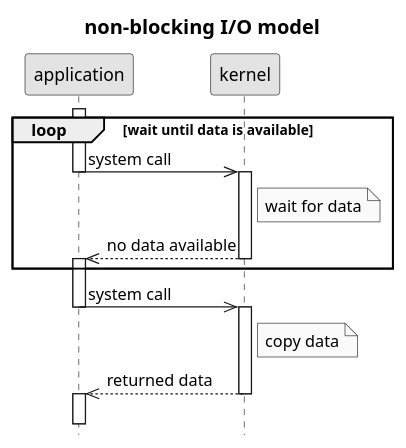
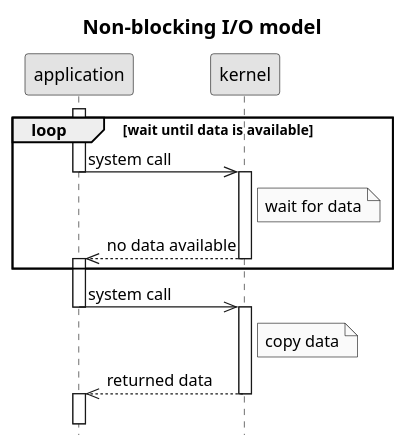
Before and after one commit to c0p4c4b4n4/demo-sockets-io-nio-nio2: the diagram in .images/non-blocking IO model.puml, drawn with PlantUML. The commit also changed 3 other files, not shown here.

```diff
--- a/.images/non-blocking IO model.puml
+++ b/.images/non-blocking IO model.puml
@@ -1,24 +1,24 @@
 @startuml
-title non-blocking I/O model
+title Non-blocking I/O model
 hide footbox
 skinparam monochrome true
 skinparam titleFontSize 16
 activate application
 loop wait until data is available
     application->>kernel: system call
     deactivate application
     activate kernel
     Note right of kernel: wait for data
     kernel-->>application: no data available
     deactivate kernel
     activate application
 end
 application->>kernel: system call
 deactivate application
 activate kernel
 Note right of kernel: copy data
 kernel-->>application: returned data
 deactivate kernel
 activate application
 ||15||
 @enduml
```
